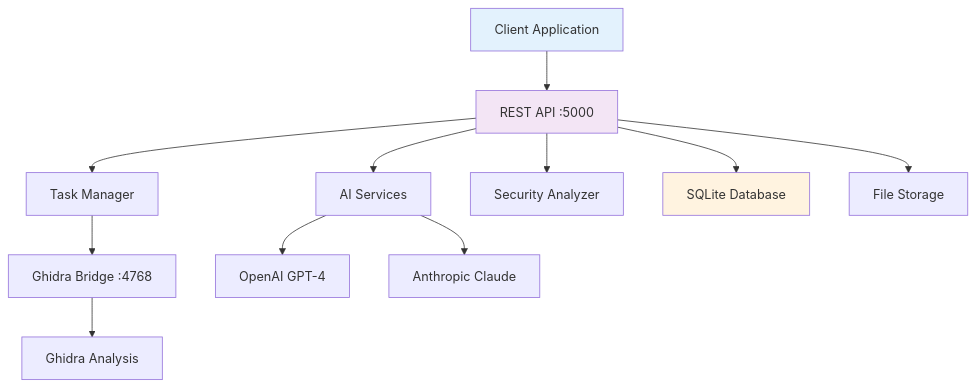
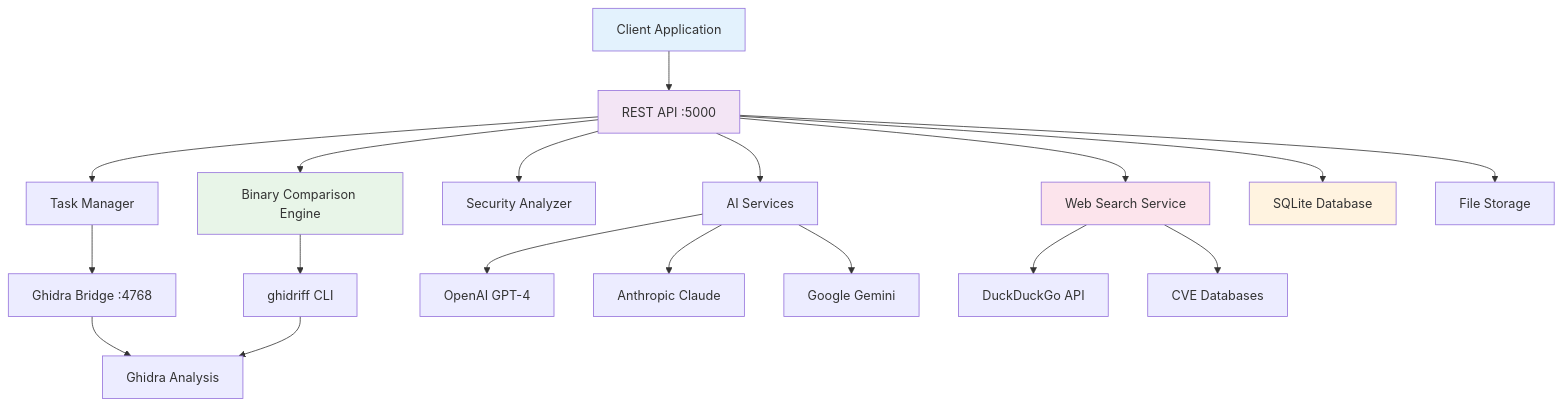
The first of 2 diagrams in Docs/API_DOCUMENTATION.md (threatpointer/ShadowSeek), drawn with Mermaid before and after one commit. The commit also changed other lines of this file and 47 other files, not shown here.

First line of the commit message:
Enhanced documentation system and fixed binary comparison UI

````diff
--- a/Docs/API_DOCUMENTATION.md
+++ b/Docs/API_DOCUMENTATION.md
@@ -50,20 +58,31 @@
 ```mermaid
 graph TB
     A[Client Application] --> B[REST API :5000]
     B --> C[Task Manager]
     B --> D[AI Services]
     B --> E[Security Analyzer]
+    B --> L[Binary Comparison Engine]
+    B --> M[Web Search Service]
     
     C --> F[Ghidra Bridge :4768]
     F --> G[Ghidra Analysis]
     
+    L --> N[ghidriff CLI]
+    N --> G
+    
     D --> H[OpenAI GPT-4]
     D --> I[Anthropic Claude]
+    D --> O[Google Gemini]
+    
+    M --> P[DuckDuckGo API]
+    M --> Q[CVE Databases]
     
     B --> J[SQLite Database]
     B --> K[File Storage]
     
     style A fill:#e3f2fd
     style B fill:#f3e5f5
     style J fill:#fff3e0
+    style L fill:#e8f5e8
+    style M fill:#fce4ec
 ```
````
